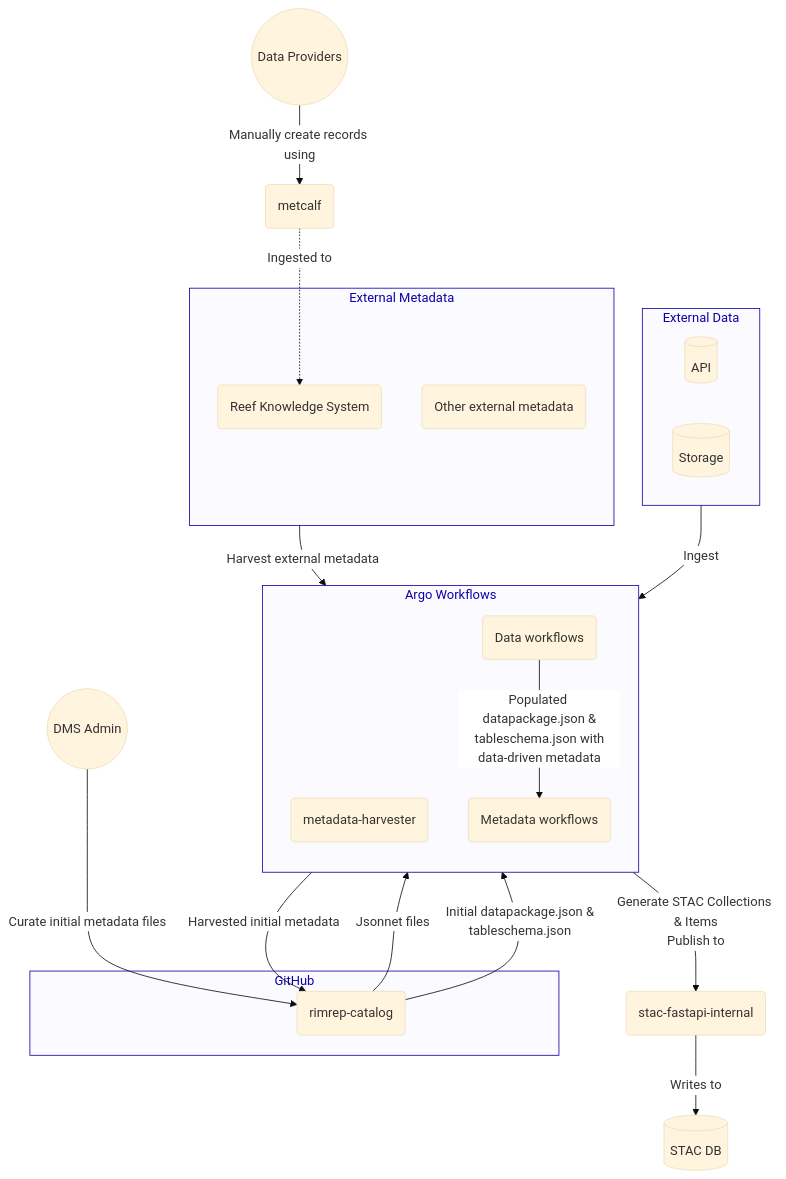
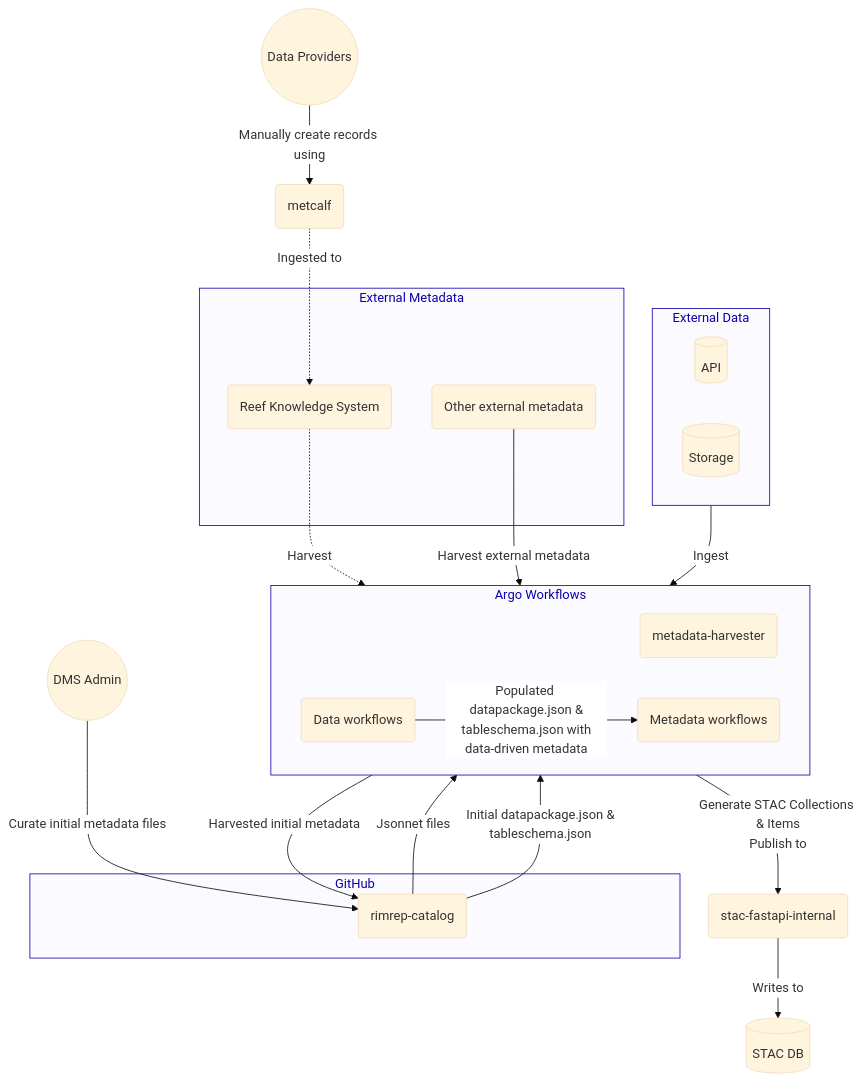
One commit to gbr-dms/rimrep-documentation changed the third of 3 diagrams in docs/architecture/components/metadata-system.md. Above: the diagram before and after it, drawn with Mermaid.

Commit message:
Update Metadata flow diagram

````diff
--- a/docs/architecture/components/metadata-system.md
+++ b/docs/architecture/components/metadata-system.md
@@ -197,63 +197,58 @@
 ```mermaid
 %%{
   init: {
     'theme': 'base',
     'themeVariables': {
       'edgeLabelBackground': '#ffffff',
       'tertiaryTextColor': '#0f00aa',
       'clusterBkg': '#fafaff',
       'clusterBorder': '#0f00aa'
     }
   }
 }%%
 
 flowchart TB
   classDef red fill:#ffcccc,stroke:#ff0000;
 
-  metadata_providers((Data Providers))
+  subgraph github["GitHub"]
+    catalog(rimrep-catalog)
+  end
 
   subgraph group_external_metadata["External Metadata"]
     rks(Reef Knowledge System)
     external_metadata(Other external metadata)
   end
 
   subgraph group_external_data["External Data"]
     external_data_api[(API)]
     external_data_storage[(Storage)]
   end
 
   subgraph pipeline["Argo Workflows"]
-    direction TB
+    direction LR
     metadata_harvester(metadata-harvester)
     metadata_workflow(Metadata workflows)
     data_workflow(Data workflows)
     data_workflow --> |"Populated datapackage.json &<br>tableschema.json with<br>data-driven metadata"|metadata_workflow
-
   end
 
+  metadata_providers((Data Providers))
   metcalf(metcalf)
-
   rimrep_admin((DMS Admin))
-
-  subgraph github["GitHub"]
-    catalog(rimrep-catalog)
-  end
-  
   stac_db[(STAC DB)]
   stac_fastapi_internal(stac-fastapi-internal)
 
+  github ~~~ pipeline
 
   metadata_providers -->|Manually create records using| metcalf
   metcalf  -. Ingested to .-> rks
-  group_external_metadata --> |Harvest external metadata| metadata_harvester
+  rks -. Harvest .-> metadata_harvester
+  external_metadata --> |Harvest external metadata| metadata_harvester
   metadata_harvester --> |Harvested initial metadata|catalog
-
-
   group_external_data -->|Ingest| data_workflow
-
   rimrep_admin -->|"Curate initial metadata files"| catalog
   catalog --> |Jsonnet files| metadata_workflow
   catalog --> |"Initial datapackage.json &<br> tableschema.json"| data_workflow
   metadata_workflow -->  |"Generate STAC Collections & Items<br>Publish to"|stac_fastapi_internal
   stac_fastapi_internal --> |Writes to| stac_db
 ```
````
